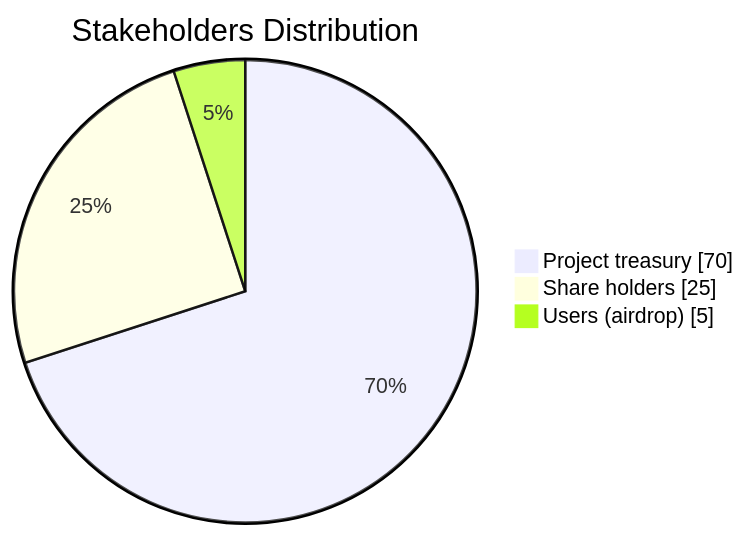
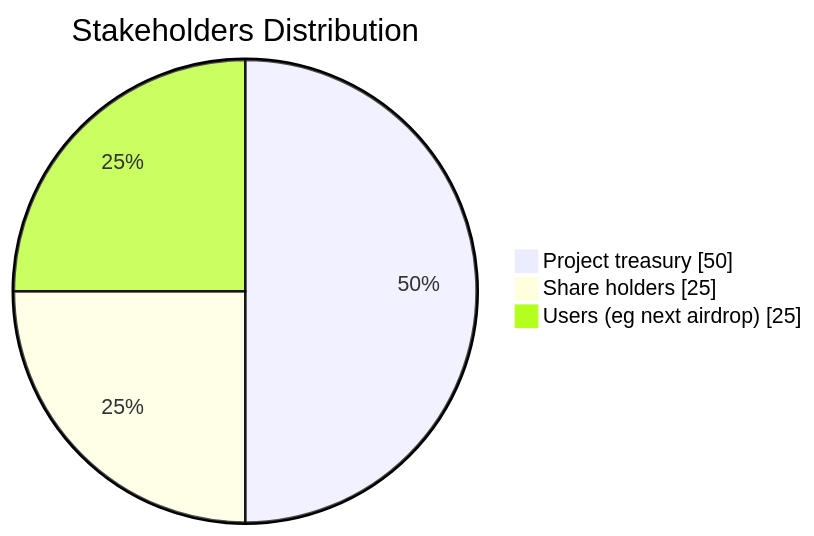
The fifth of 5 diagrams in README.md (Sentiment-trader/ipal-contracts), drawn with Mermaid before and after one commit. The commit also changed other lines of this file, not shown here.

````diff
--- a/README.md
+++ b/README.md
@@ -213,7 +214,7 @@
 ```mermaid
 pie showData
     title Stakeholders Distribution
-    "Project treasury" : 70
+    "Project treasury" : 50
     "Share holders" : 25
-    "Users (airdrop)" : 5
+    "Users (eg next airdrop)" : 25
 ```
````
